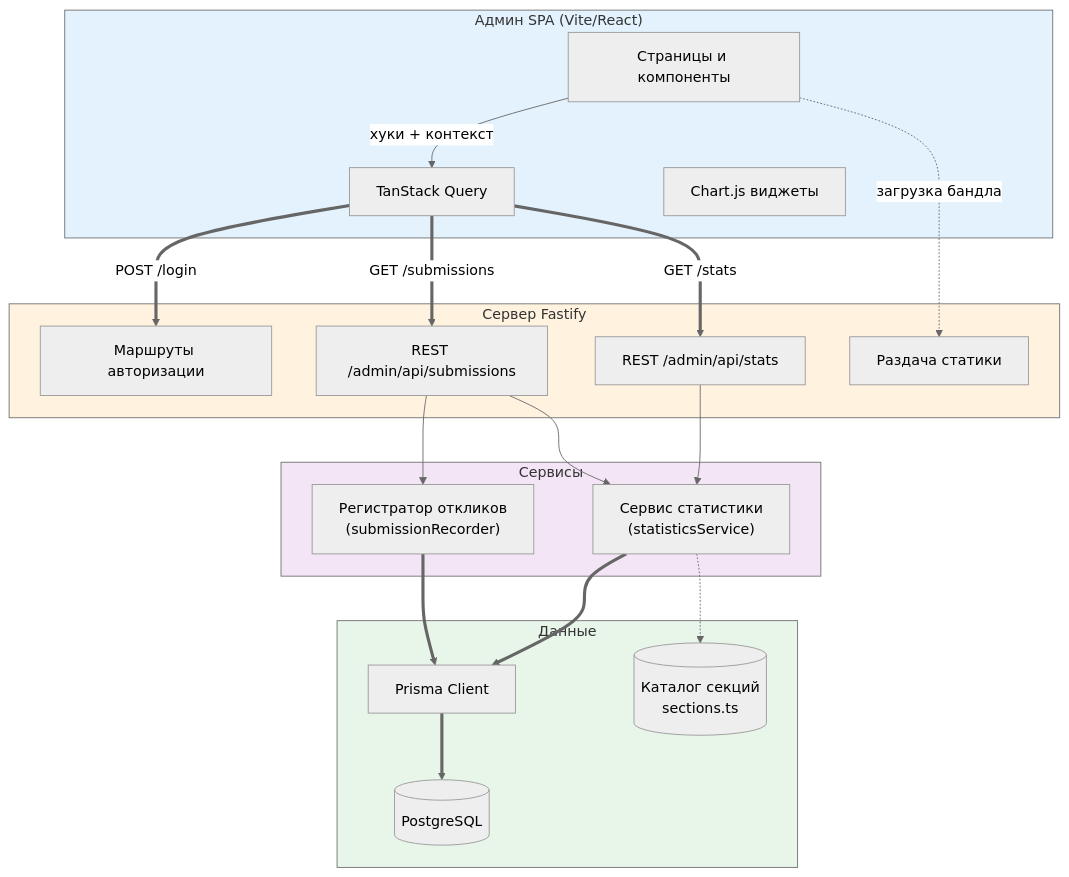
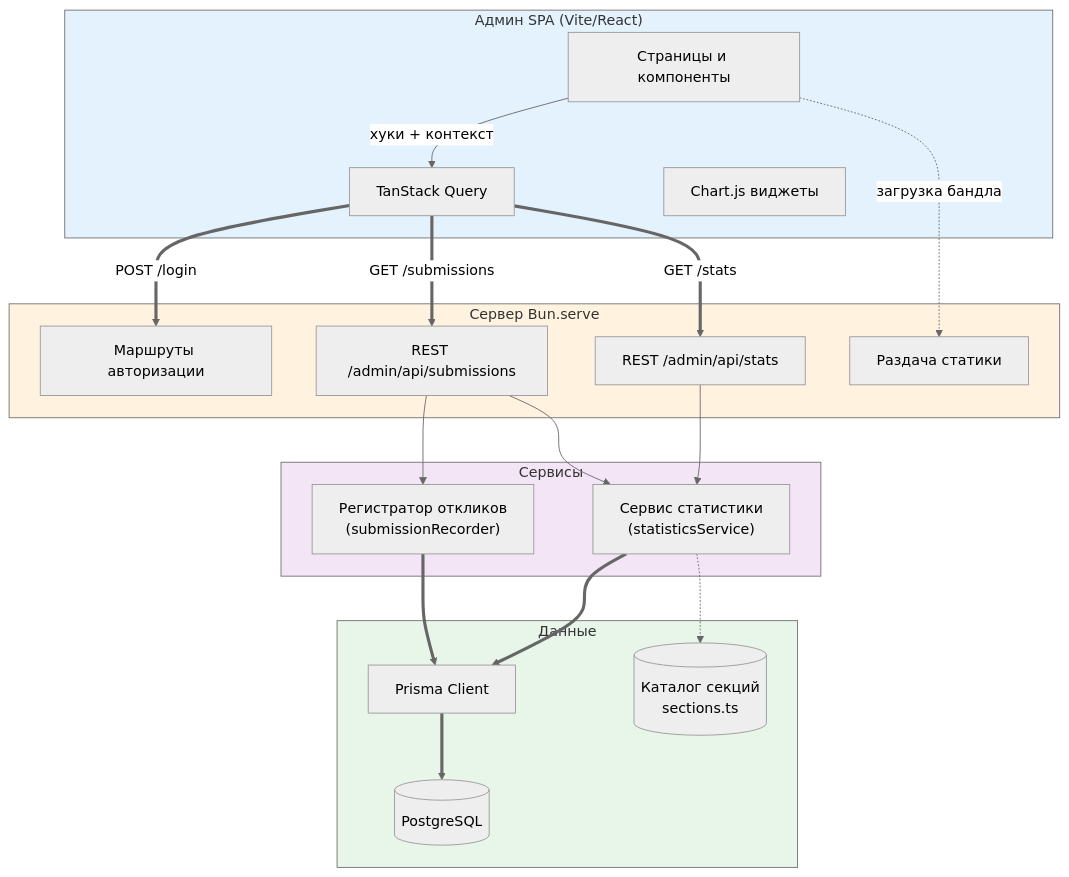
One commit to kotru21/bsuir changed the second of 4 diagrams in docs/ARCHITECTURE.md. Above: the diagram before and after it, drawn with Mermaid (neutral theme). The commit also changed other lines of this file and 44 other files, not shown here.

First line of the commit message:
Migrate admin API from Fastify to Bun.serve

````diff
--- a/docs/ARCHITECTURE.md
+++ b/docs/ARCHITECTURE.md
@@ -87,47 +87,47 @@
 ```mermaid
 flowchart TB
    subgraph Browser["Админ SPA (Vite/React)"]
       UI["Страницы и компоненты"]
       Query["TanStack Query"]
       Charts["Chart.js виджеты"]
    end
 
-   subgraph Fastify["Сервер Fastify"]
+   subgraph BunServe["Сервер Bun.serve"]
       Auth["Маршруты авторизации"]
       Stats["REST /admin/api/stats"]
       Subs["REST /admin/api/submissions"]
       StaticServ["Раздача статики"]
    end
 
    subgraph Services["Сервисы"]
       StatSvc["Сервис статистики\n(statisticsService)"]
       SubRec["Регистратор откликов\n(submissionRecorder)"]
    end
 
    subgraph DataLayer["Данные"]
       Prisma["Prisma Client"]
       PG[(PostgreSQL)]
       Catalog[("Каталог секций\nsections.ts")]
    end
 
    UI -->|хуки + контекст| Query
    Query ==>|POST /login| Auth
    Query ==>|GET /stats| Stats
    Query ==>|GET /submissions| Subs
    UI -.->|загрузка бандла| StaticServ
 
    Stats --> StatSvc
    Subs --> StatSvc
    Subs --> SubRec
 
   StatSvc ==> Prisma
   SubRec ==> Prisma
   StatSvc -.-> Catalog
 
   Prisma ==> PG
 
   style Browser fill:#e3f2fd
-  style Fastify fill:#fff3e0
+   style BunServe fill:#fff3e0
   style Services fill:#f3e5f5
   style DataLayer fill:#e8f5e9
 ```
````
